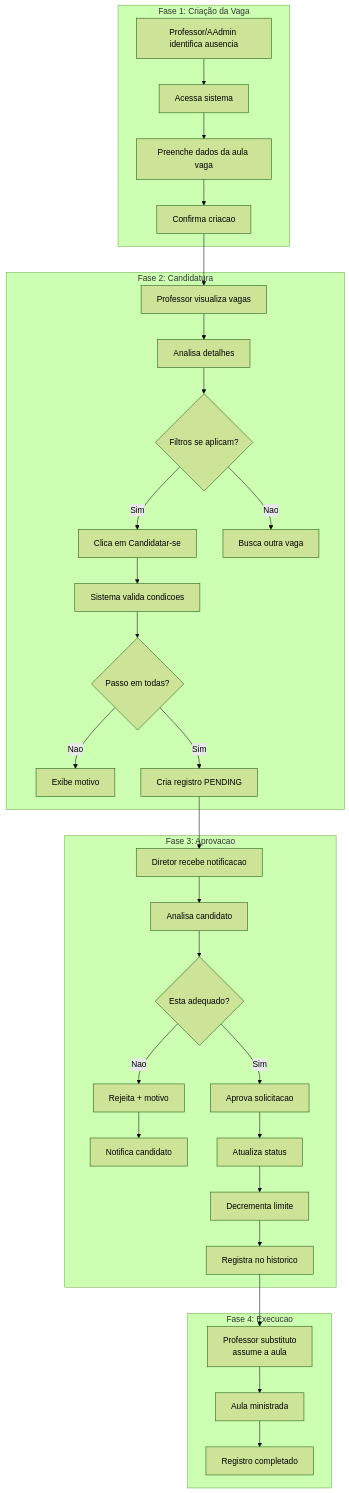
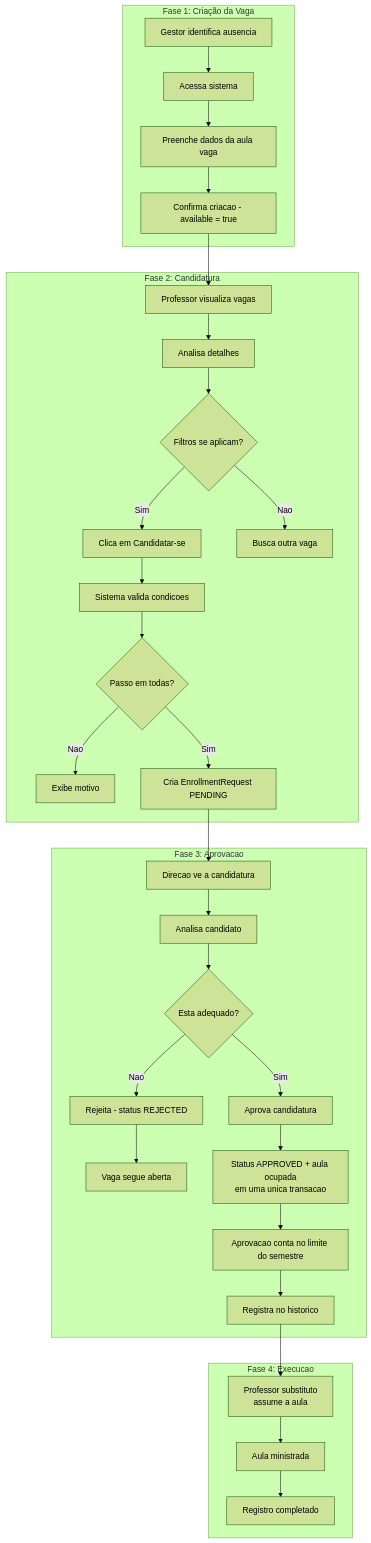
One commit to TROCA-AULA/troca-aula-backend changed the third of 14 diagrams in docs/07-fluxos-negocio.md. Above: the diagram before and after it, drawn with Mermaid (forest theme). The commit also changed other lines of this file and 9 other files, not shown here.

````diff
--- a/docs/07-fluxos-negocio.md
+++ b/docs/07-fluxos-negocio.md
@@ -71,39 +89,39 @@
 ```mermaid
 flowchart TB
     subgraph "Fase 1: Criação da Vaga"
-        A1[Professor/AAdmin identifica ausencia] --> A2[Acessa sistema]
+        A1[Gestor identifica ausencia] --> A2[Acessa sistema]
         A2 --> A3[Preenche dados da aula vaga]
-        A3 --> A4[Confirma criacao]
+        A3 --> A4[Confirma criacao - available = true]
     end
     
     subgraph "Fase 2: Candidatura"
         B1[Professor visualiza vagas] --> B2[Analisa detalhes]
         B2 --> B3{Filtros se aplicam?}
         B3 -->|Sim| B4[Clica em Candidatar-se]
         B3 -->|Nao| B5[Busca outra vaga]
         B4 --> B6[Sistema valida condicoes]
         B6 --> B7{Passo em todas?}
         B7 -->|Nao| B8[Exibe motivo]
-        B7 -->|Sim| B9[Cria registro PENDING]
+        B7 -->|Sim| B9[Cria EnrollmentRequest PENDING]
     end
     
     subgraph "Fase 3: Aprovacao"
-        C1[Diretor recebe notificacao] --> C2[Analisa candidato]
+        C1[Direcao ve a candidatura] --> C2[Analisa candidato]
         C2 --> C3{Esta adequado?}
-        C3 -->|Nao| C4[Rejeita + motivo]
-        C3 -->|Sim| C5[Aprova solicitacao]
-        C4 --> C6[Notifica candidato]
-        C5 --> C7[Atualiza status]
-        C7 --> C8[Decrementa limite]
+        C3 -->|Nao| C4[Rejeita - status REJECTED]
+        C3 -->|Sim| C5[Aprova candidatura]
+        C4 --> C6[Vaga segue aberta]
+        C5 --> C7[Status APPROVED + aula ocupada<br/>em uma unica transacao]
+        C7 --> C8[Aprovacao conta no limite do semestre]
         C8 --> C9[Registra no historico]
     end
     
     subgraph "Fase 4: Execucao"
         D1[Professor substituto<br/>assume a aula] --> D2[Aula ministrada]
         D2 --> D3[Registro completado]
     end
     
     A4 --> B1
     B9 --> C1
     C9 --> D1
 ```
````
